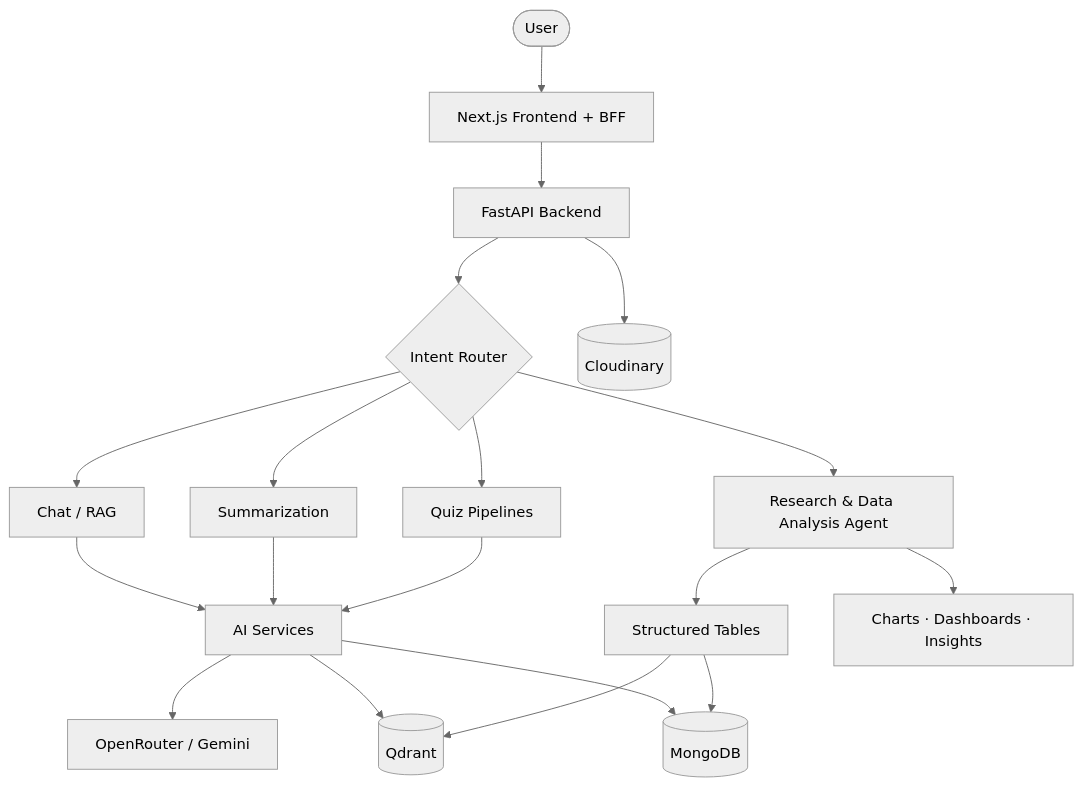
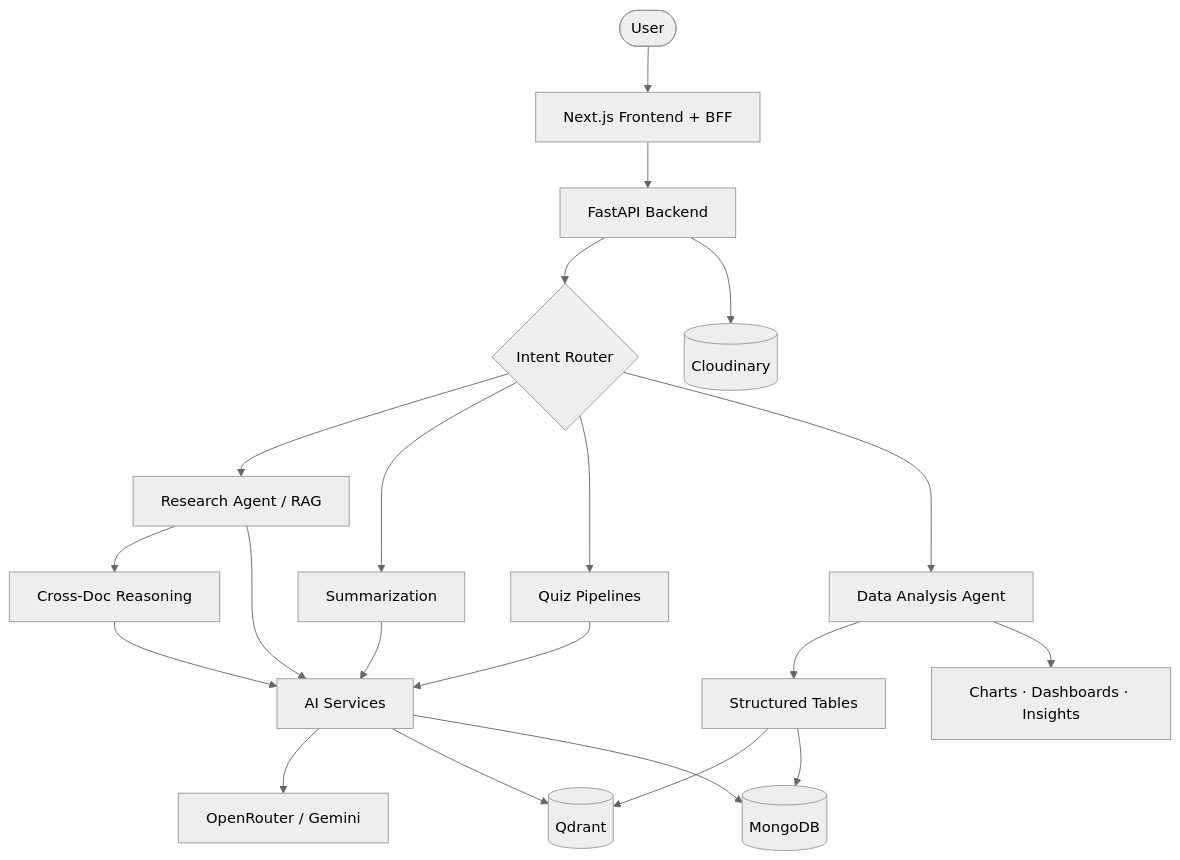
The third of 6 diagrams in README.md (aayushroopchandani/DocMind-AI-Intelligent-conversations-with-documents), drawn with Mermaid (neutral theme) before and after one commit. The commit also changed other lines of this file and 13 other files, not shown here.

````diff
--- a/README.md
+++ b/README.md
@@ -261,21 +268,23 @@
 ```mermaid
 flowchart TB
   User([User]) --> Next[Next.js Frontend + BFF]
   Next --> FastAPI[FastAPI Backend]
   FastAPI --> Router{Intent Router}
-  Router --> Chat[Chat / RAG]
+  Router --> Research[Research Agent / RAG]
   Router --> Sum[Summarization]
   Router --> Quiz[Quiz Pipelines]
-  Router --> Analysis[Research & Data Analysis Agent]
-  Chat --> AI[AI Services]
+  Router --> Analysis[Data Analysis Agent]
+  Research --> CrossDoc[Cross-Doc Reasoning]
+  Research --> AI[AI Services]
   Sum --> AI
   Quiz --> AI
   Analysis --> Tables[Structured Tables]
   Analysis --> Charts[Charts · Dashboards · Insights]
+  CrossDoc --> AI
   AI --> OR[OpenRouter / Gemini]
   AI --> Qdrant[(Qdrant)]
   AI --> Mongo[(MongoDB)]
   Tables --> Qdrant
   Tables --> Mongo
   FastAPI --> Cloudinary[(Cloudinary)]
 ```
````
